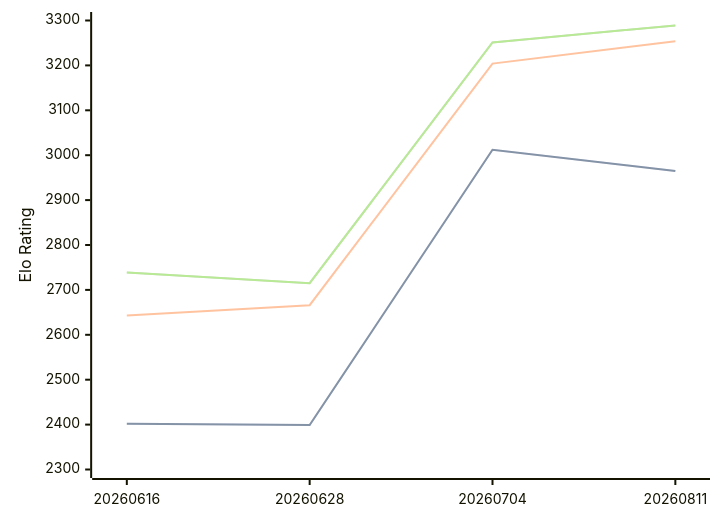
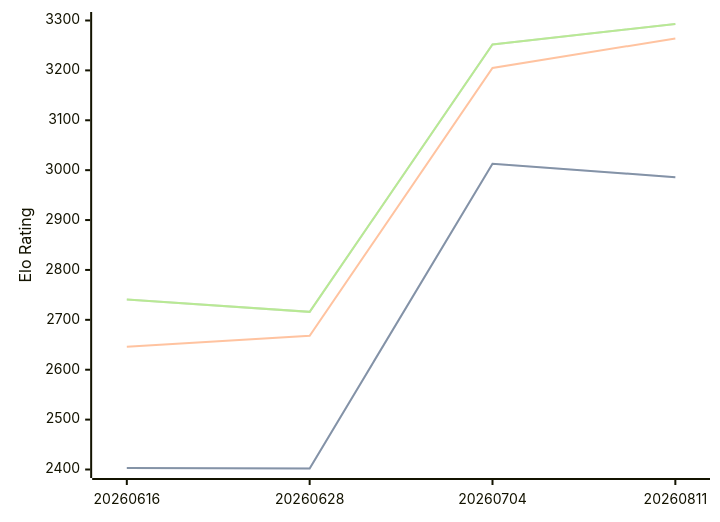
The diagram in engines/Askaig.md (computer-chess-index/cci), drawn with Mermaid before and after one commit. The commit also changed other lines of this file, not shown here.

Commit message:
Update CCI Ratings (ELO VLTC) - 2026-08-22

````diff
--- a/engines/Askaig.md
+++ b/engines/Askaig.md
@@ -36,11 +36,11 @@
 ```mermaid
 %%{init: {"theme":"base","themeVariables":{"seriesColors:['#a3a3a3','#222221','#faa371']}}}%%
 xychart-beta
   x-axis ["20260616", "20260628", "20260704", "20260811"]
-  y-axis "Elo Rating" 2300 --> 3300
-  line "STC (8.0+0.08s)" [2402, 2399, 3012, 2965]
-  line "STC (8.0+0.08s)" [2402, 2399, 3012, 2965]
-  line "LTC (60.0+0.60s)" [2643, 2666, 3204, 3254]
-  line "VLTC (2m24s+1.12s)" [2739, 2715, 3251, 3289]
-  line "VLTC (2m24s+1.12s)" [2739, 2715, 3251, 3289]
+  y-axis "Elo Rating" 2400 --> 3300
+  line "STC (8.0+0.08s)" [2403, 2402, 3013, 2986]
+  line "STC (8.0+0.08s)" [2403, 2402, 3013, 2986]
+  line "LTC (60.0+0.60s)" [2646, 2668, 3205, 3264]
+  line "VLTC (2m24s+1.12s)" [2741, 2716, 3252, 3293]
+  line "VLTC (2m24s+1.12s)" [2741, 2716, 3252, 3293]
 ```
````
